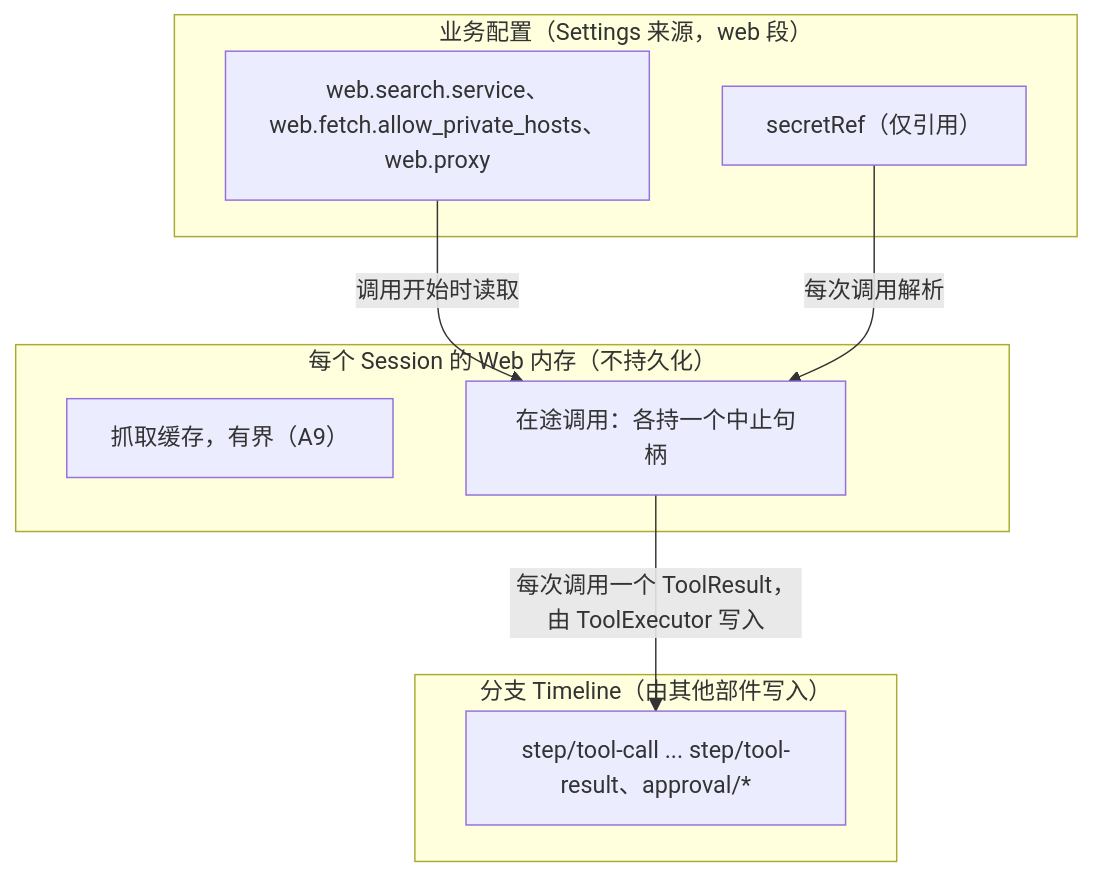
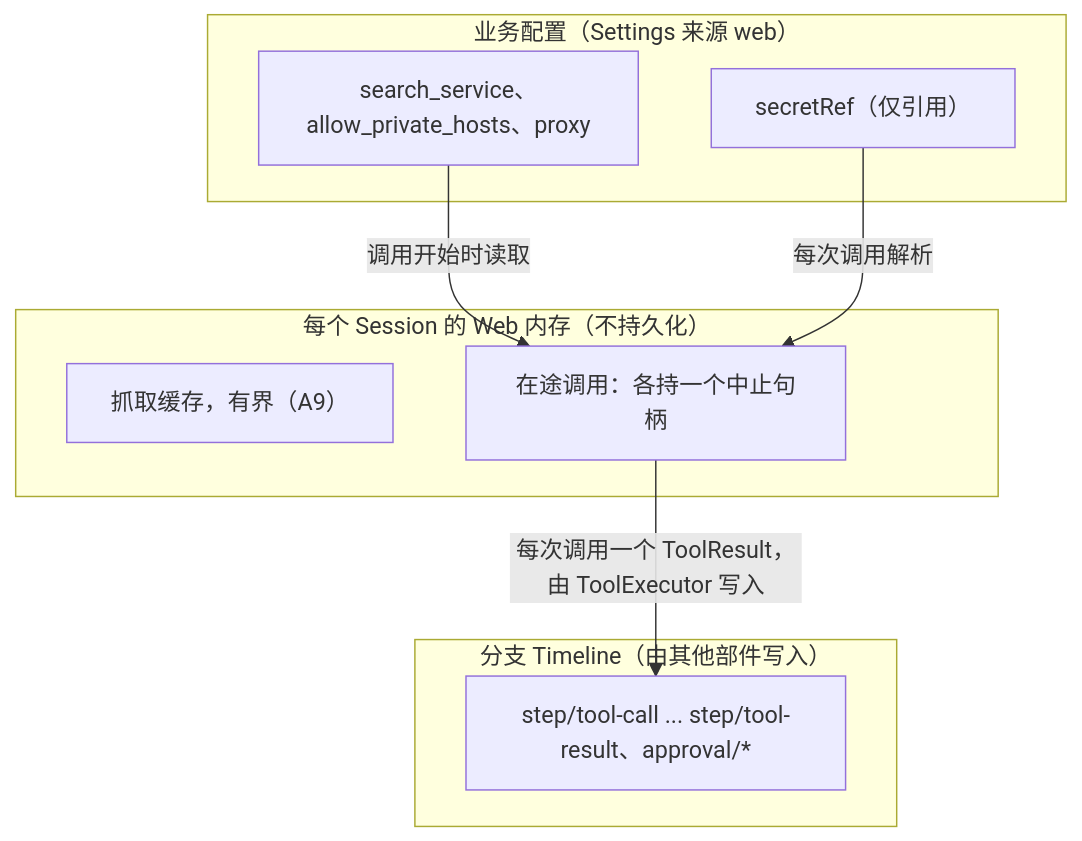
Before and after one commit to CoutinhoTTS/dim-agent: the second of 5 diagrams in docs/zh/design/plugins/Web.md, drawn with Mermaid. The commit also changed other lines of this file and 27 other files, not shown here.

````diff
--- a/docs/zh/design/plugins/Web.md
+++ b/docs/zh/design/plugins/Web.md
@@ -40,17 +40,17 @@
 ```mermaid
 flowchart TB
-  subgraph CFG["业务配置（Settings 来源，web 段）"]
-    WebCfg["web.search.service、web.fetch.allow_private_hosts、web.proxy"]
+  subgraph CFG["业务配置（Settings 来源 web）"]
+    WebCfg["search_service、allow_private_hosts、proxy"]
     Secret["secretRef（仅引用）"]
   end
   subgraph MEM["每个 Session 的 Web 内存（不持久化）"]
     Cache["抓取缓存，有界（A9）"]
     Inflight["在途调用：各持一个中止句柄"]
   end
   subgraph TL["分支 Timeline（由其他部件写入）"]
     Calls["step/tool-call ... step/tool-result、approval/*"]
   end
   WebCfg -->|"调用开始时读取"| Inflight
   Secret -->|"每次调用解析"| Inflight
   Inflight -->|"每次调用一个 ToolResult，由 ToolExecutor 写入"| Calls
 ```
````
